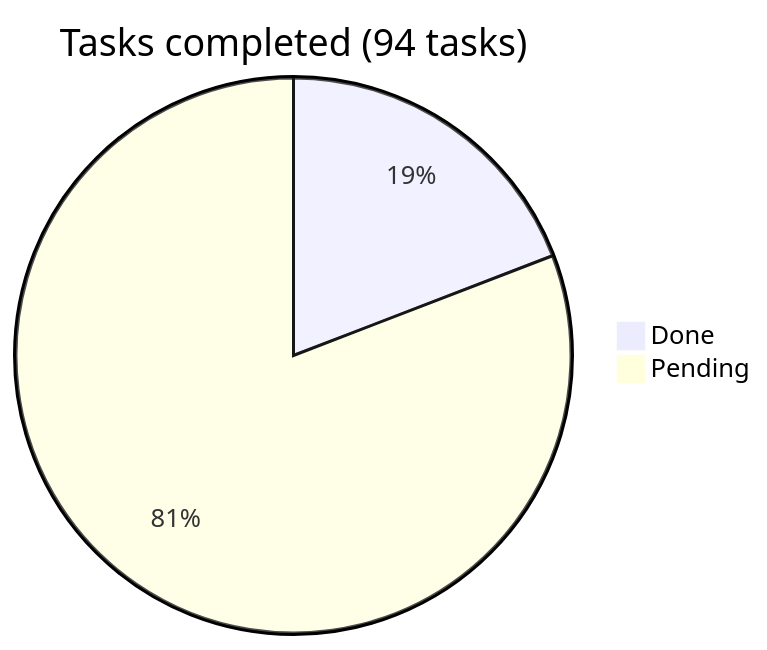
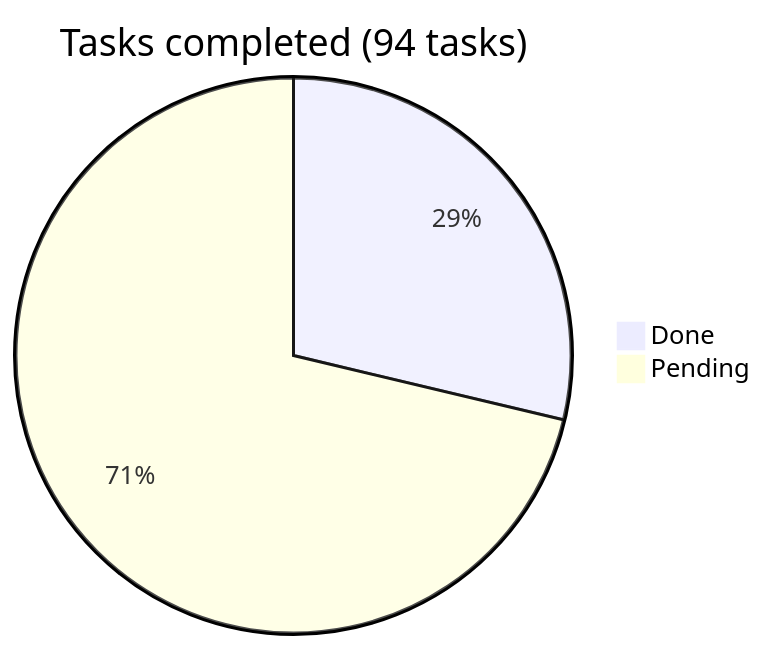
The diagram in docs/roadmap/README.md (araguaney-lat/araguaney-app), drawn with Mermaid before and after one commit. The commit also changed other lines of this file and 24 other files, not shown here.

````diff
--- a/docs/roadmap/README.md
+++ b/docs/roadmap/README.md
@@ -12,5 +12,5 @@
 ```mermaid
 pie title Tasks completed (94 tasks)
-    "Done" : 18
-    "Pending" : 76
+    "Done" : 27
+    "Pending" : 67
 ```
````
